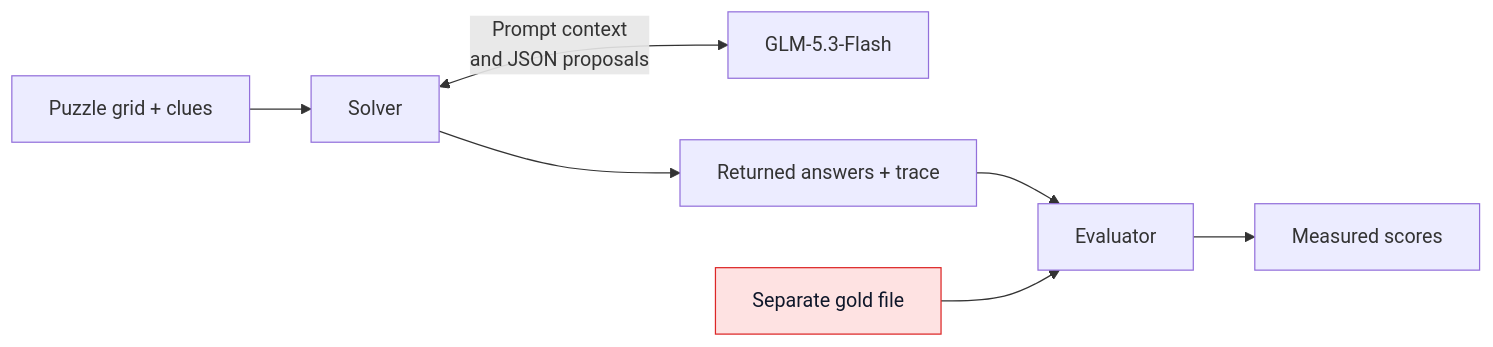
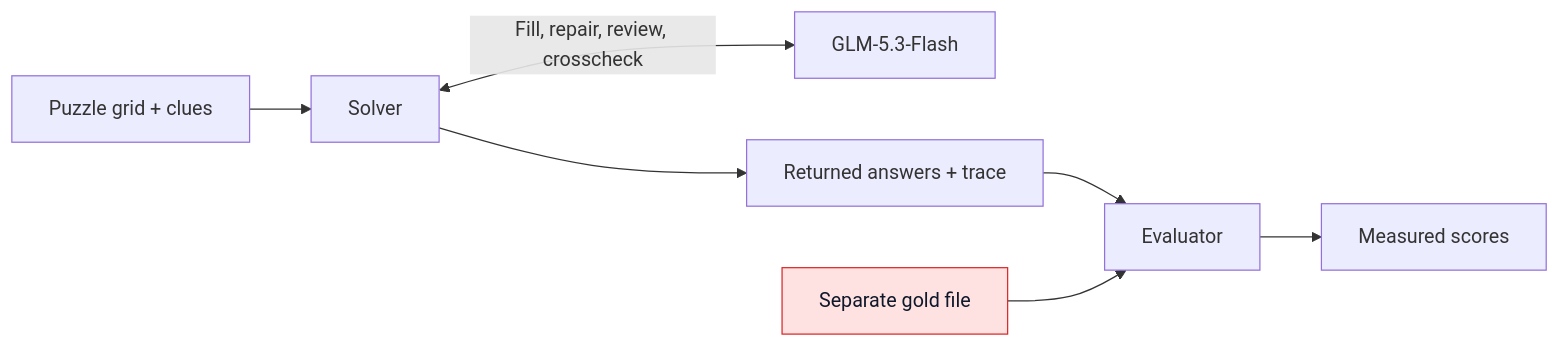
Before and after one commit to ChangYeongJeong1103/crossword-ai-agent: the fourth of 4 diagrams in ARCHITECTURE.md, drawn with Mermaid. The commit also changed other lines of this file and 26 other files, not shown here.

````diff
--- a/ARCHITECTURE.md
+++ b/ARCHITECTURE.md
@@ -154,12 +156,12 @@
 ```mermaid
 flowchart LR
   P["Puzzle grid + clues"] --> S["Solver"]
-  S <-->|"Prompt context<br/>and JSON proposals"| M["GLM-5.3-Flash"]
+  S <-->|"Fill, repair, review, crosscheck"| M["GLM-5.3-Flash"]
   S --> A["Returned answers + trace"]
   A --> E["Evaluator"]
   G["Separate gold file"] --> E
   E --> R["Measured scores"]
 
   classDef protected fill:#fee2e2,stroke:#dc2626,color:#0f172a;
   class G protected;
 ```
````
